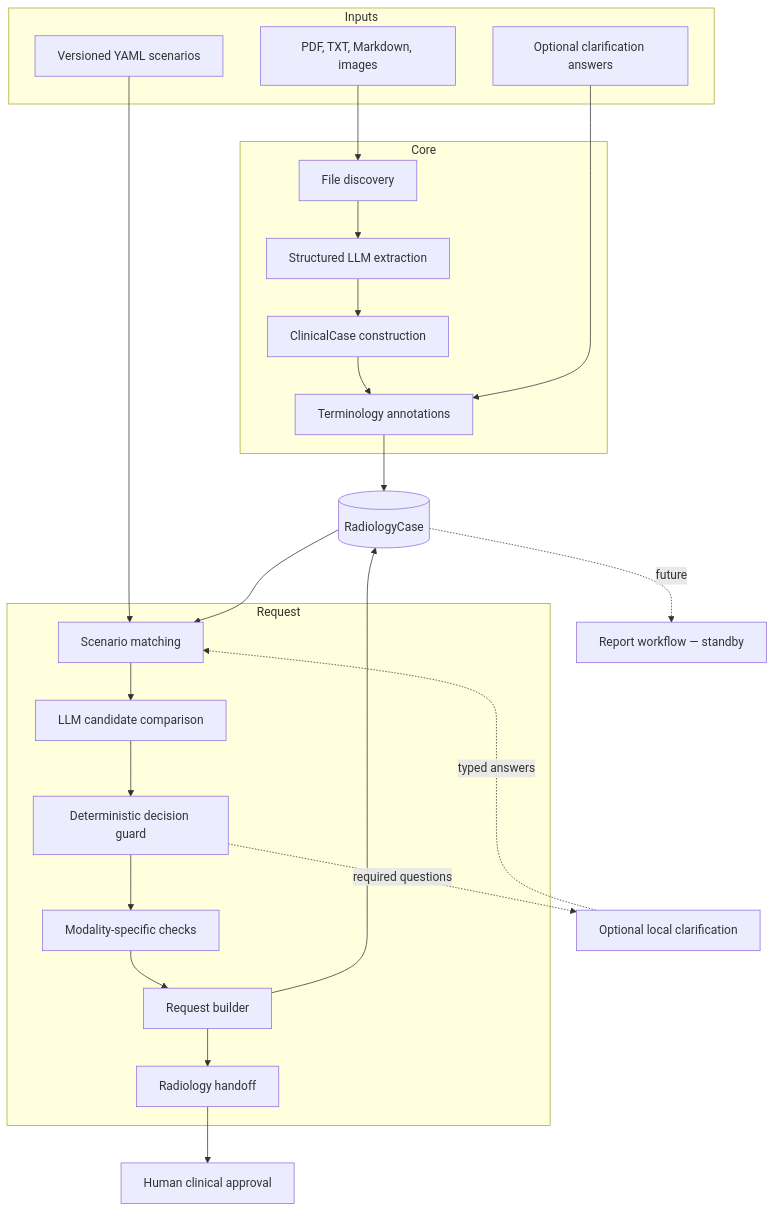
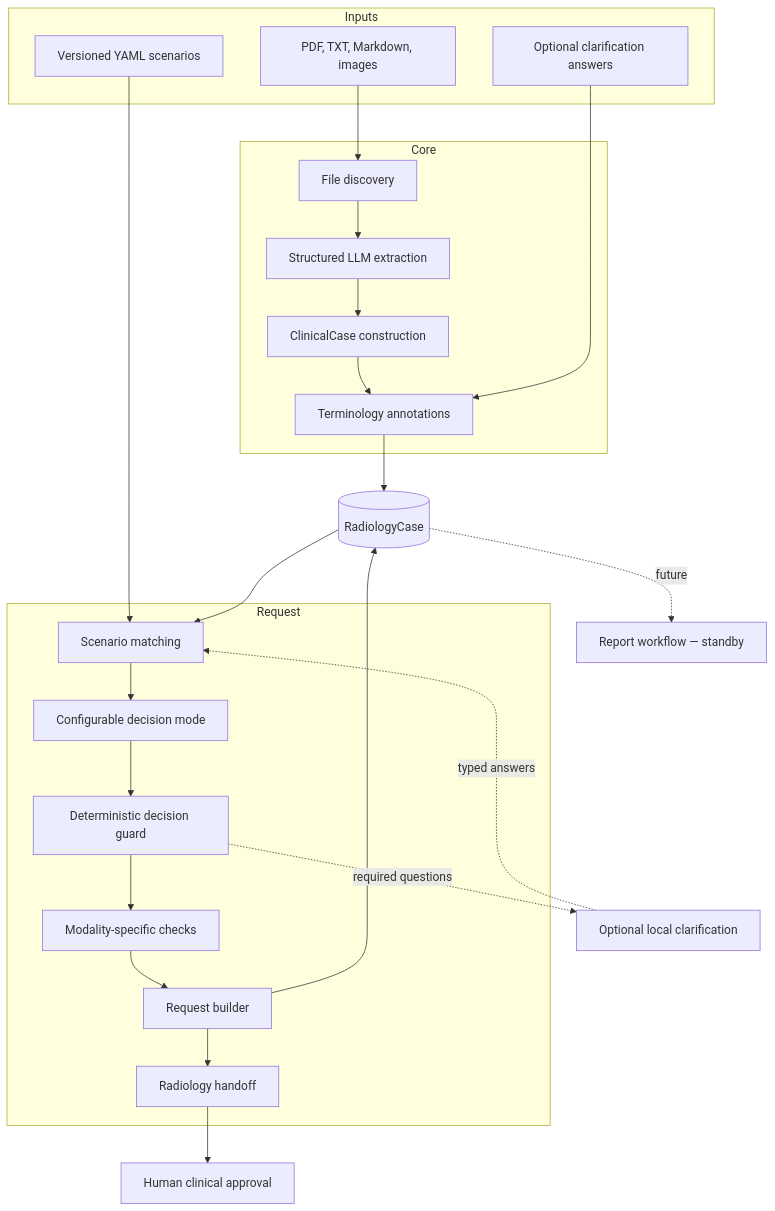
The first of 3 diagrams in docs/architecture.md (Thibescobar/bulkinout), drawn with Mermaid before and after one commit. The commit also changed other lines of this file and 34 other files, not shown here.

````diff
--- a/docs/architecture.md
+++ b/docs/architecture.md
@@ -7,40 +7,40 @@
 ```mermaid
 flowchart TB
     subgraph Inputs
         DOCS[PDF, TXT, Markdown, images]
         ANSWERS[Optional clarification answers]
         YAML[Versioned YAML scenarios]
     end
 
     subgraph Core
         INGEST[File discovery]
         EXTRACT[Structured LLM extraction]
         CASE[ClinicalCase construction]
         NORMALIZE[Terminology annotations]
     end
 
     RECORD[(RadiologyCase)]
 
     subgraph Request
         MATCH[Scenario matching]
-        DECIDE[LLM candidate comparison]
+        DECIDE[Configurable decision mode]
         GUARD[Deterministic decision guard]
         SAFETY[Modality-specific checks]
         BUILD[Request builder]
         HANDOFF[Radiology handoff]
     end
 
     CLARIFY[Optional local clarification]
     REVIEW[Human clinical approval]
     REPORT[Report workflow — standby]
 
     DOCS --> INGEST --> EXTRACT --> CASE --> NORMALIZE --> RECORD
     ANSWERS --> NORMALIZE
     YAML --> MATCH
     RECORD --> MATCH --> DECIDE --> GUARD --> SAFETY --> BUILD --> HANDOFF
     GUARD -. required questions .-> CLARIFY
     CLARIFY -. typed answers .-> MATCH
     BUILD --> RECORD
     HANDOFF --> REVIEW
     RECORD -. future .-> REPORT
 ```
````
